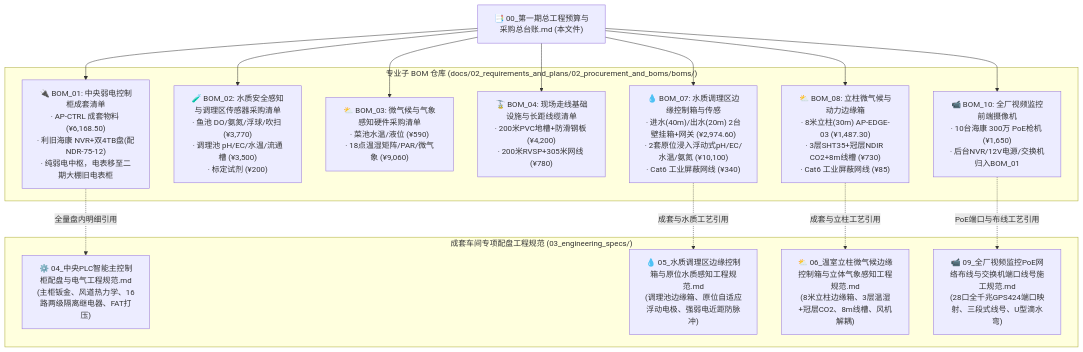
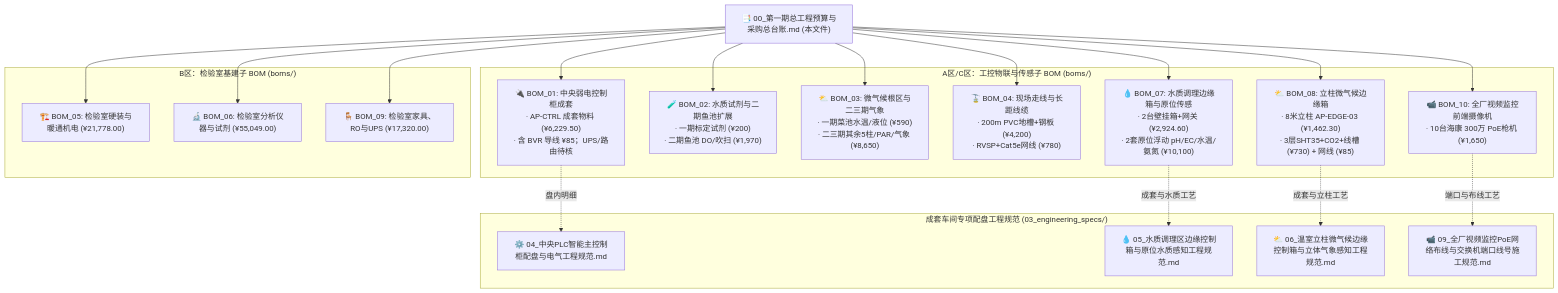
Before and after one commit to digitalboy/aquaponics: the second of 2 diagrams in docs/02_requirements_and_plans/02_procurement_and_boms/00_第一期总工程预算与采购总台账.md, drawn with Mermaid. The commit also changed other lines of this file and 15 other files, not shown here.

Commit message:
feat: add BOM automated auditing tool and requirements documentation

````diff
--- a/docs/02_requirements_and_plans/02_procurement_and_boms/00_第一期总工程预算与采购总台账.md
+++ b/docs/02_requirements_and_plans/02_procurement_and_boms/00_第一期总工程预算与采购总台账.md
@@ -90,33 +115,42 @@
 ```mermaid
 graph TD
     Master["📑 00_第一期总工程预算与采购总台账.md (本文件)"]
     
-    subgraph SubBOMs ["专业子 BOM 仓库 (docs/02_requirements_and_plans/02_procurement_and_boms/boms/)"]
-        BOM1["🔌 BOM_01: 中央弱电控制柜成套清单<br>· AP-CTRL 成套物料 (¥6,168.50)<br>· 利旧海康 NVR+双4TB盘(配NDR-75-12)<br>· 纯弱电中枢，电表移至二期大棚旧电表柜"]
-        BOM2["🧪 BOM_02: 水质安全感知与调理区传感器采购清单<br>· 鱼池 DO/氨氮/浮球/吹扫 (¥3,770)<br>· 调理池 pH/EC/水温/流通槽 (¥3,500)<br>· 标定试剂 (¥200)"]
-        BOM3["⛅ BOM_03: 微气候与气象感知硬件采购清单<br>· 菜池水温/液位 (¥590)<br>· 18点温湿矩阵/PAR/微气象 (¥9,060)"]
-        BOM4["🚡 BOM_04: 现场走线基础设施与长距线缆清单<br>· 200米PVC地槽+防滑钢板 (¥4,200)<br>· 200米RVSP+305米网线 (¥780)"]
-        BOM7["💧 BOM_07: 水质调理区边缘控制箱与传感<br>· 进水(40m)/出水(20m) 2台壁挂箱+网关 (¥2,974.60)<br>· 2套原位浸入浮动式pH/EC/水温/氨氮 (¥10,100)<br>· Cat6 工业屏蔽网线 (¥340)"]
-        BOM8["⛅ BOM_08: 立柱微气候与动力边缘箱<br>· 8米立柱(30m) AP-EDGE-03 (¥1,487.30)<br>· 3层SHT35+冠层NDIR CO2+8m线槽 (¥730)<br>· Cat6 工业屏蔽网线 (¥85)"]
-        BOM10["📹 BOM_10: 全厂视频监控前端摄像机<br>· 10台海康 300万 PoE枪机 (¥1,650)<br>· 后台NVR/12V电源/交换机归入BOM_01"]
+    subgraph SubBOMs_IoT ["A区/C区：工控物联与传感子 BOM (boms/)"]
+        BOM1["🔌 BOM_01: 中央弱电控制柜成套<br>· AP-CTRL 成套物料 (¥6,229.50)<br>· 含 BVR 导线 ¥85；UPS/路由待核"]
+        BOM2["🧪 BOM_02: 水质试剂与二期鱼池扩展<br>· 一期标定试剂 (¥200)<br>· 二期鱼池 DO/吹扫 (¥1,970)"]
+        BOM3["⛅ BOM_03: 微气候根区与二三期气象<br>· 一期菜池水温/液位 (¥590)<br>· 二三期其余5柱/PAR/气象 (¥8,650)"]
+        BOM4["🚡 BOM_04: 现场走线与长距线缆<br>· 200m PVC地槽+钢板 (¥4,200)<br>· RVSP+Cat5e网线 (¥780)"]
+        BOM7["💧 BOM_07: 水质调理边缘箱与原位传感<br>· 2台壁挂箱+网关 (¥2,924.60)<br>· 2套原位浮动 pH/EC/水温/氨氮 (¥10,100)"]
+        BOM8["⛅ BOM_08: 立柱微气候边缘箱<br>· 8米立柱 AP-EDGE-03 (¥1,462.30)<br>· 3层SHT35+CO2+线槽 (¥730) + 网线 (¥85)"]
+        BOM10["📹 BOM_10: 全厂视频监控前端摄像机<br>· 10台海康 300万 PoE枪机 (¥1,650)"]
+    end
+
+    subgraph SubBOMs_Lab ["B区：检验室基建子 BOM (boms/)"]
+        BOM5["🏗️ BOM_05: 检验室硬装与暖通机电 (¥21,778.00)"]
+        BOM6["🔬 BOM_06: 检验室分析仪器与试剂 (¥55,049.00)"]
+        BOM9["🪑 BOM_09: 检验室家具、RO与UPS (¥17,320.00)"]
     end
     
     subgraph CabinetSpec ["成套车间专项配盘工程规范 (03_engineering_specs/)"]
-        Doc04["⚙️ 04_中央PLC智能主控制柜配盘与电气工程规范.md<br>(主柜钣金、风道热力学、16路两级隔离继电器、FAT打压)"]
-        Doc05["💧 05_水质调理区边缘控制箱与原位水质感知工程规范.md<br>(调理池边缘箱、原位自适应浮动电极、强弱电近距防脉冲)"]
-        Doc06["⛅ 06_温室立柱微气候边缘控制箱与立体气象感知工程规范.md<br>(8米立柱边缘箱、3层温湿+冠层CO2、8m线槽、风机解耦)"]
-        Doc09["📹 09_全厂视频监控PoE网络布线与交换机端口线号施工规范.md<br>(28口全千兆GPS424端口映射、三段式线号、U型滴水弯)"]
+        Doc04["⚙️ 04_中央PLC智能主控制柜配盘与电气工程规范.md"]
+        Doc05["💧 05_水质调理区边缘控制箱与原位水质感知工程规范.md"]
+        Doc06["⛅ 06_温室立柱微气候边缘控制箱与立体气象感知工程规范.md"]
+        Doc09["📹 09_全厂视频监控PoE网络布线与交换机端口线号施工规范.md"]
     end
     
     Master --> BOM1
     Master --> BOM2
     Master --> BOM3
     Master --> BOM4
     Master --> BOM7
     Master --> BOM8
     Master --> BOM10
-    BOM1 -.->|全量盘内明细引用| Doc04
-    BOM7 -.->|成套与水质工艺引用| Doc05
-    BOM8 -.->|成套与立柱工艺引用| Doc06
-    BOM10 -.->|PoE端口与布线工艺引用| Doc09
+    Master --> BOM5
+    Master --> BOM6
+    Master --> BOM9
+    BOM1 -.->|盘内明细| Doc04
+    BOM7 -.->|成套与水质工艺| Doc05
+    BOM8 -.->|成套与立柱工艺| Doc06
+    BOM10 -.->|端口与布线工艺| Doc09
 ```
````
